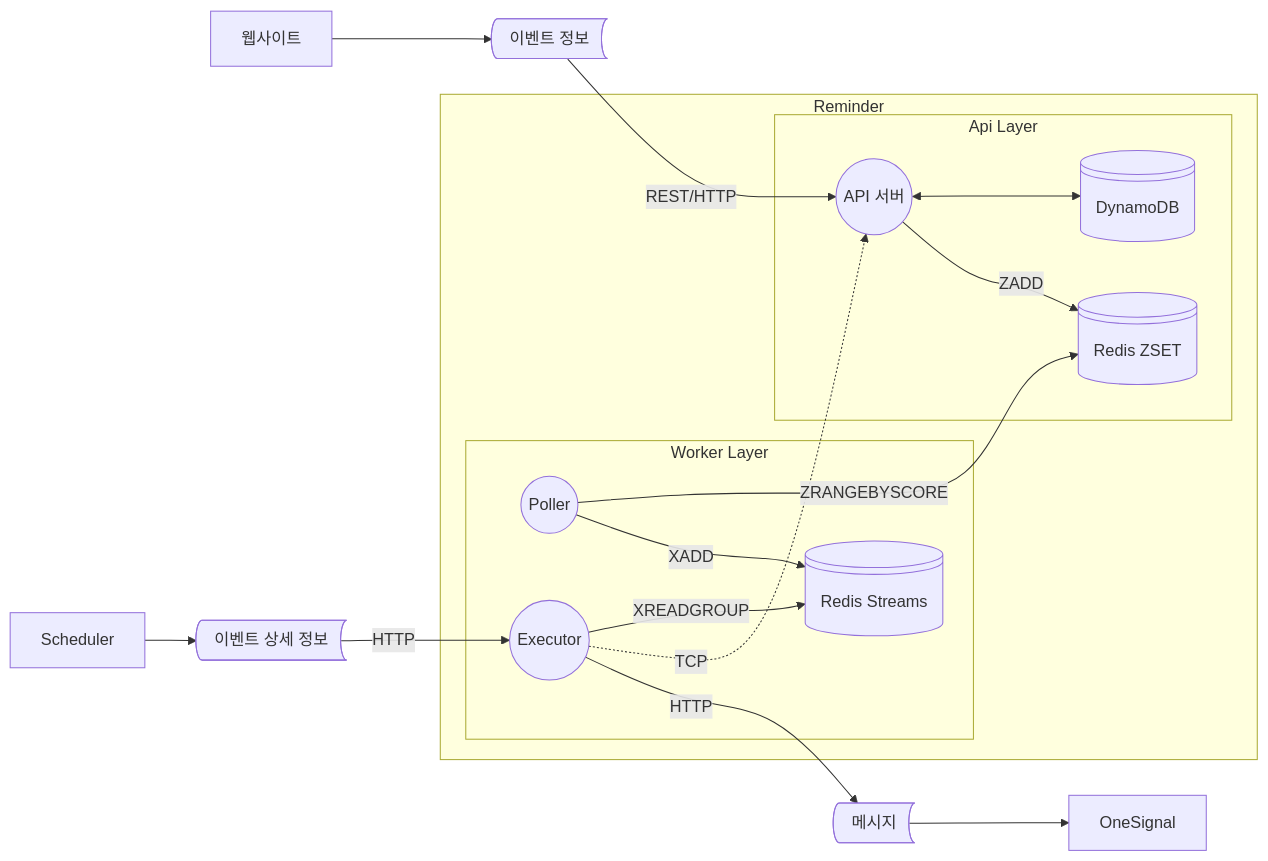
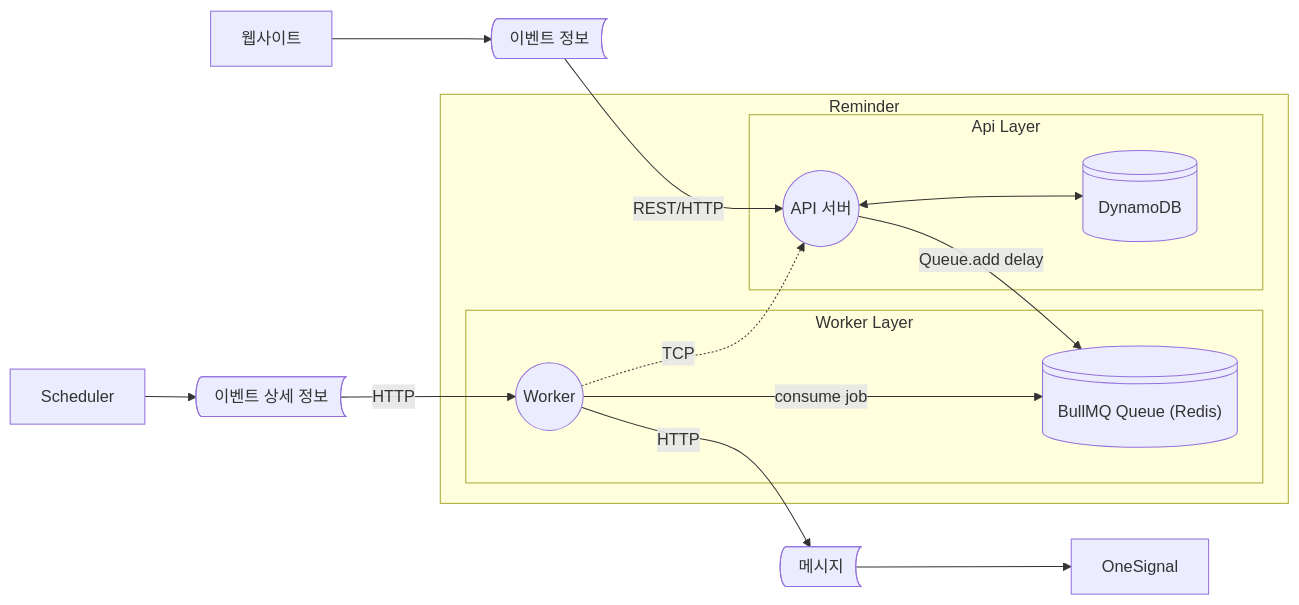
Before and after one commit to NarciSource/Reminder-Service: the first of 2 diagrams in README.md, drawn with Mermaid. The commit also changed other lines of this file, not shown here.

````diff
--- a/README.md
+++ b/README.md
@@ -118,32 +115,29 @@
 ```mermaid
 flowchart LR
     subgraph Reminder
-        RedisDelay@{ shape: lin-cyl, label: "Redis ZSET" }
-        RedisStream@{ shape: lin-cyl, label: "Redis Streams" }
-
-        Poller --> |ZRANGEBYSCORE| RedisDelay
+        Queue@{ shape: lin-cyl, label: "BullMQ Queue (Redis)" }
 
         subgraph Worker Layer
-            Poller@{ shape: circle, label: "Poller" }
-            Executor@{ shape: circle, label: "Executor" }
+            Worker@{ shape: circle, label: "Worker" }
 
-            Poller --> |XADD| RedisStream
-            Executor --> |XREADGROUP| RedisStream
+            Worker --> |consume job| Queue
         end
 
-        Executor -.-> |TCP| Api
+        Worker -.-> |TCP| Api
 
         subgraph Api Layer
             Api@{ shape: circle, label: "API 서버" }
             DB@{ shape: lin-cyl, label: "DynamoDB" }
 
             Api <--> DB
-            Api --> |ZADD| RedisDelay
+            Api --> |Queue.add delay| Queue
         end
 
     end
 
     Web["웹사이트"] --> event@{ shape: bow-rect, label: "이벤트 정보" } --> |REST/HTTP| Api
-    Scheduler --> data@{ shape: bow-rect, label: "이벤트 상세 정보" } --> |HTTP| Executor
-    Executor --> |HTTP| message@{ shape: bow-rect, label: "메시지" } --> OneSignal
+
+    Scheduler --> data@{ shape: bow-rect, label: "이벤트 상세 정보" } --> |HTTP| Worker
+
+    Worker --> |HTTP| message@{ shape: bow-rect, label: "메시지" } --> OneSignal
 ```
````
